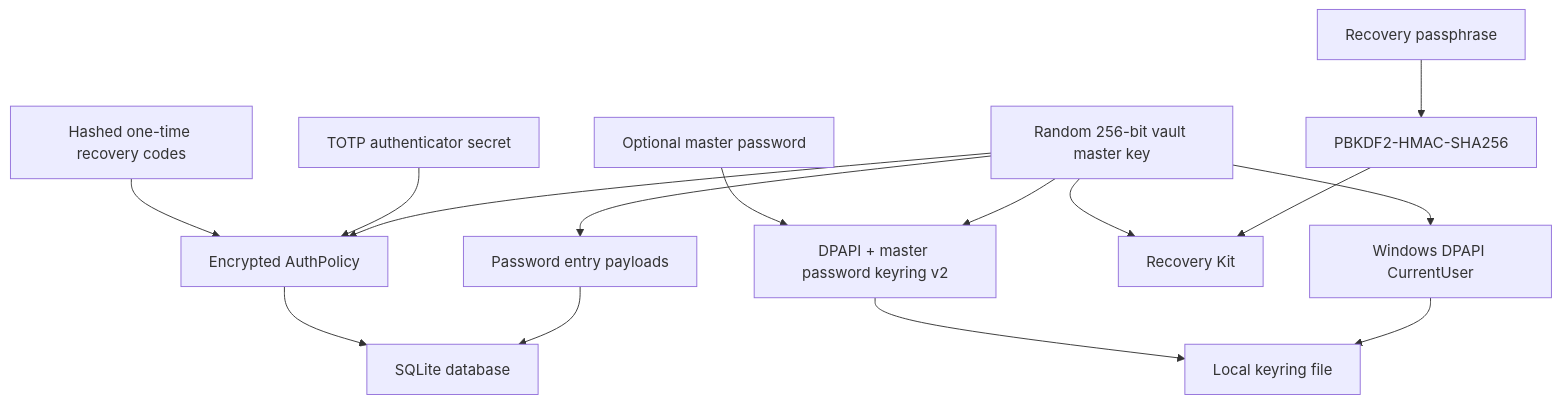
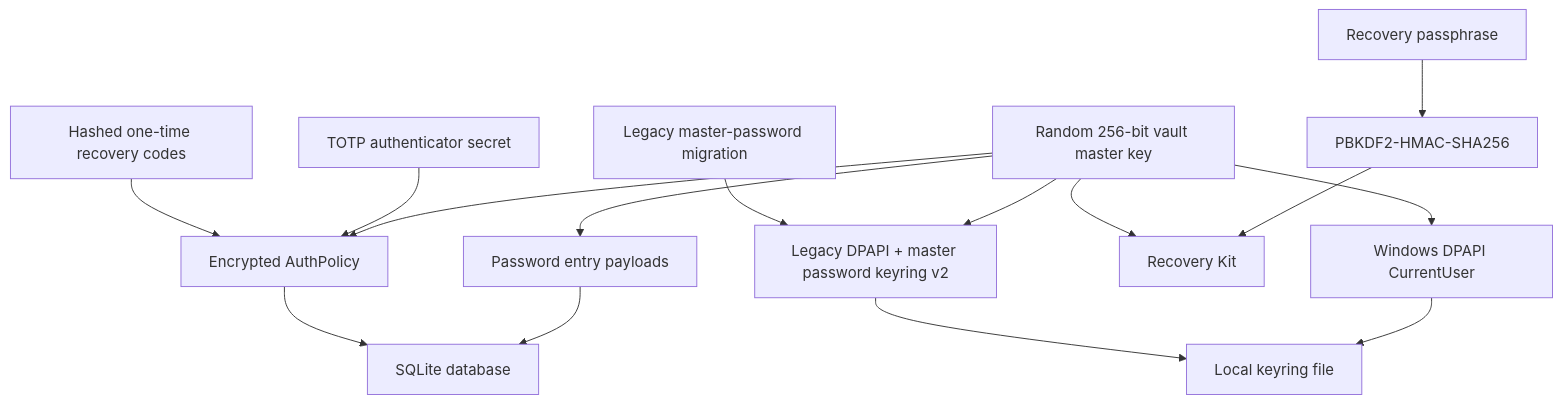
The first of 2 diagrams in .docs/security-model.md (viamus/locker-it), drawn with Mermaid before and after one commit. The commit also changed other lines of this file and 11 other files, not shown here.

````diff
--- a/.docs/security-model.md
+++ b/.docs/security-model.md
@@ -23,31 +23,31 @@
 ```mermaid
 flowchart TB
     Master["Random 256-bit vault master key"]
     Payload["Password entry payloads"]
     Db["SQLite database"]
     Dpapi["Windows DPAPI CurrentUser"]
     Keyring["Local keyring file"]
     Passphrase["Recovery passphrase"]
-    MasterPassword["Optional master password"]
+    LegacyMaster["Legacy master-password migration"]
     AuthPolicy["Encrypted AuthPolicy"]
     Totp["TOTP authenticator secret"]
     RecoveryCodes["Hashed one-time recovery codes"]
     Kdf["PBKDF2-HMAC-SHA256"]
     Kit["Recovery Kit"]
-    V2Wrap["DPAPI + master password keyring v2"]
+    V2Wrap["Legacy DPAPI + master password keyring v2"]
 
     Master --> Payload
     Payload --> Db
     Master --> Dpapi
     Dpapi --> Keyring
     Master --> V2Wrap
-    MasterPassword --> V2Wrap
+    LegacyMaster --> V2Wrap
     V2Wrap --> Keyring
     Master --> AuthPolicy
     Totp --> AuthPolicy
     RecoveryCodes --> AuthPolicy
     AuthPolicy --> Db
     Passphrase --> Kdf
     Kdf --> Kit
     Master --> Kit
 ```
````
